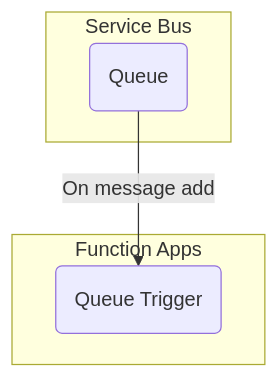
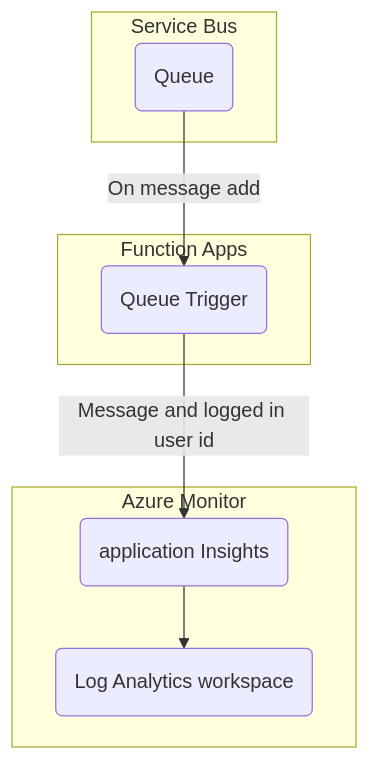
One commit to TopGuru777/Azure_Traverse_integration changed the diagram in README.md. Above: the diagram before and after it, drawn with Mermaid.

Commit message:
Test correction mermaid diagram in README

````diff
--- a/README.md
+++ b/README.md
@@ -241,12 +241,19 @@
 ```mermaid
 graph TB
     subgraph Function Apps
         sbTrigger
     end
 
     subgraph Service Bus
         sb(Queue)
         sb-->|On message add|sbTrigger(Queue Trigger)
     end
 
+    subgraph Azure Monitor
+        ai(application Insights)
+        la(Log Analytics workspace)
+        sbTrigger-->|Message and logged in user id|ai
+        ai-->la
+    end
+
 ```
````
